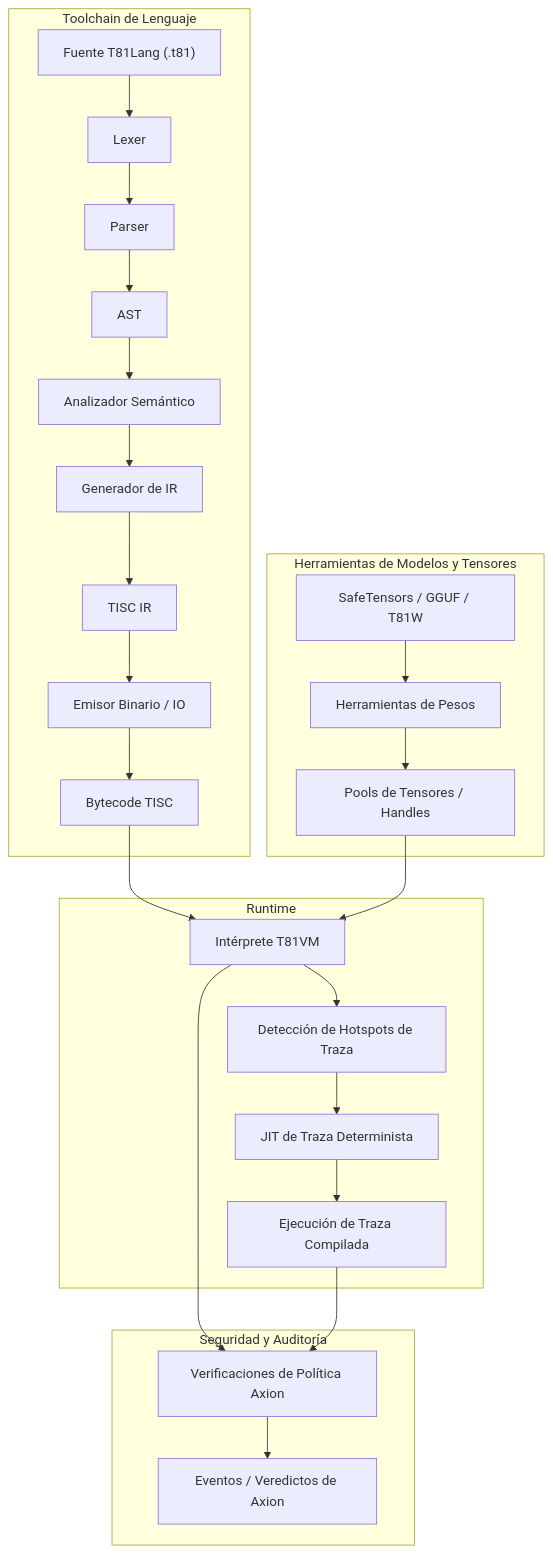
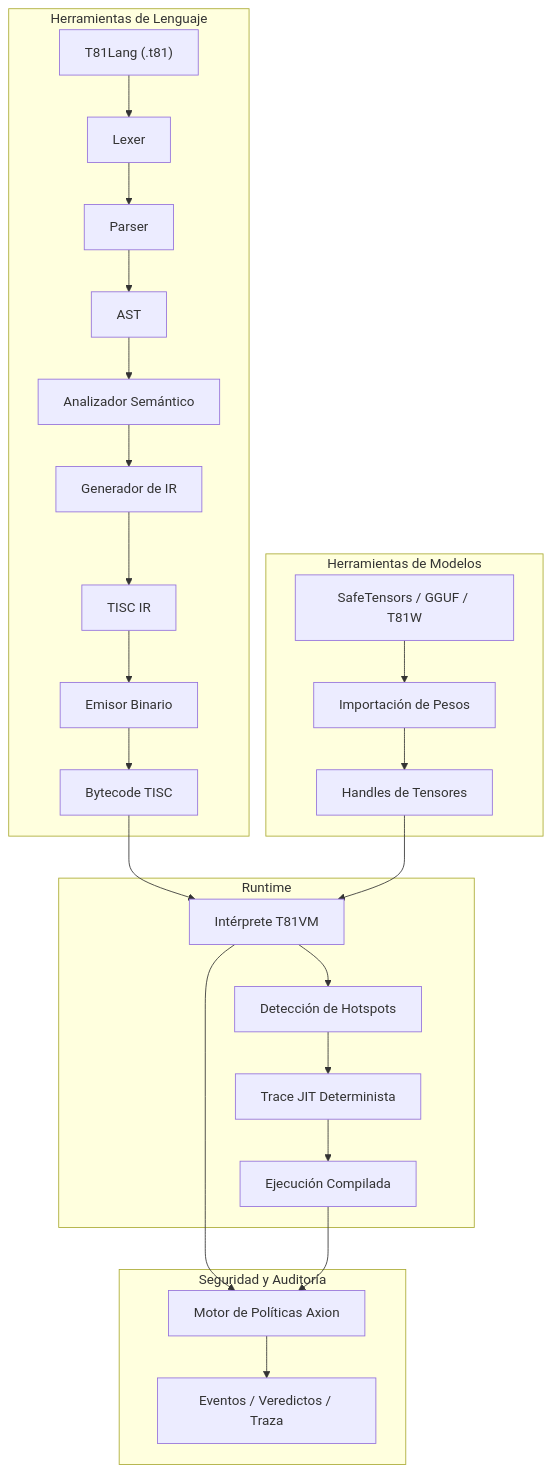
One commit to ryansctt1994-sudo/t81-foundation changed the diagram in README.es.md. Above: the diagram before and after it, drawn with Mermaid. The commit also changed other lines of this file, not shown here.

````diff
--- a/README.es.md
+++ b/README.es.md
@@ -103,30 +99,30 @@
 ```mermaid
 graph TD
-    subgraph "Toolchain de Lenguaje"
-        A["Fuente T81Lang (.t81)"] --> B[Lexer]
+    subgraph "Herramientas de Lenguaje"
+        A["T81Lang (.t81)"] --> B[Lexer]
         B --> C[Parser]
         C --> D[AST]
         D --> E["Analizador Semántico"]
         E --> F["Generador de IR"]
         F --> G["TISC IR"]
-        G --> H["Emisor Binario / IO"]
+        G --> H["Emisor Binario"]
         H --> I["Bytecode TISC"]
     end
     subgraph "Runtime"
         I --> J["Intérprete T81VM"]
-        J --> K["Detección de Hotspots de Traza"]
-        K --> L["JIT de Traza Determinista"]
-        L --> M["Ejecución de Traza Compilada"]
+        J --> K["Detección de Hotspots"]
+        K --> L["Trace JIT Determinista"]
+        L --> M["Ejecución Compilada"]
     end
     subgraph "Seguridad y Auditoría"
-        J --> N["Verificaciones de Política Axion"]
+        J --> N["Motor de Políticas Axion"]
         M --> N
-        N --> O["Eventos / Veredictos de Axion"]
+        N --> O["Eventos / Veredictos / Traza"]
     end
-    subgraph "Herramientas de Modelos y Tensores"
-        P["SafeTensors / GGUF / T81W"] --> Q["Herramientas de Pesos"]
-        Q --> R["Pools de Tensores / Handles"]
+    subgraph "Herramientas de Modelos"
+        P["SafeTensors / GGUF / T81W"] --> Q["Importación de Pesos"]
+        Q --> R["Handles de Tensores"]
         R --> J
     end
 
 ```
````
